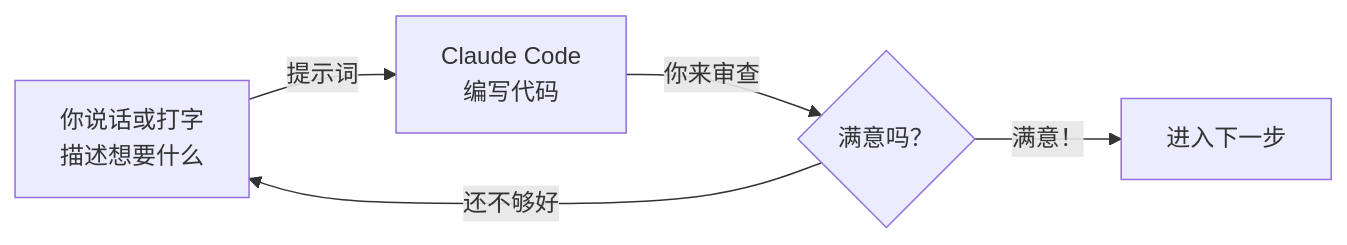
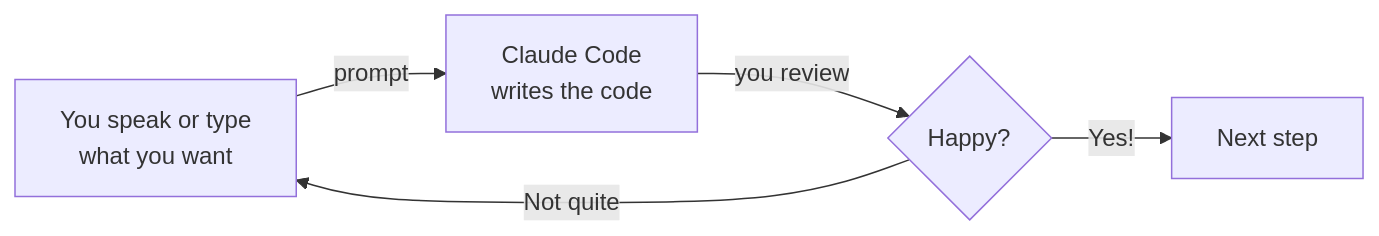
One commit to ChanMeng666/ai-programming-teaching-project changed the second of 2 diagrams in versioned_docs/version-2026-her-waka/tutorial/vibe-coding/overview.mdx. Above: the diagram before and after it, drawn with Mermaid. The commit also changed other lines of this file and 472 other files, not shown here.

````diff
--- a/versioned_docs/version-2026-her-waka/tutorial/vibe-coding/overview.mdx
+++ b/versioned_docs/version-2026-her-waka/tutorial/vibe-coding/overview.mdx
@@ -80,7 +80,7 @@
 ```mermaid
 flowchart LR
-    A["你说话或打字\n描述想要什么"] -->|"提示词"| B["Claude Code\n编写代码"]
-    B -->|"你来审查"| C{"满意吗？"}
-    C -->|"还不够好"| A
-    C -->|"满意！"| D["进入下一步"]
+    A["You speak or type\nwhat you want"] -->|"prompt"| B["Claude Code\nwrites the code"]
+    B -->|"you review"| C{"Happy?"}
+    C -->|"Not quite"| A
+    C -->|"Yes!"| D["Next step"]
 ```
````
